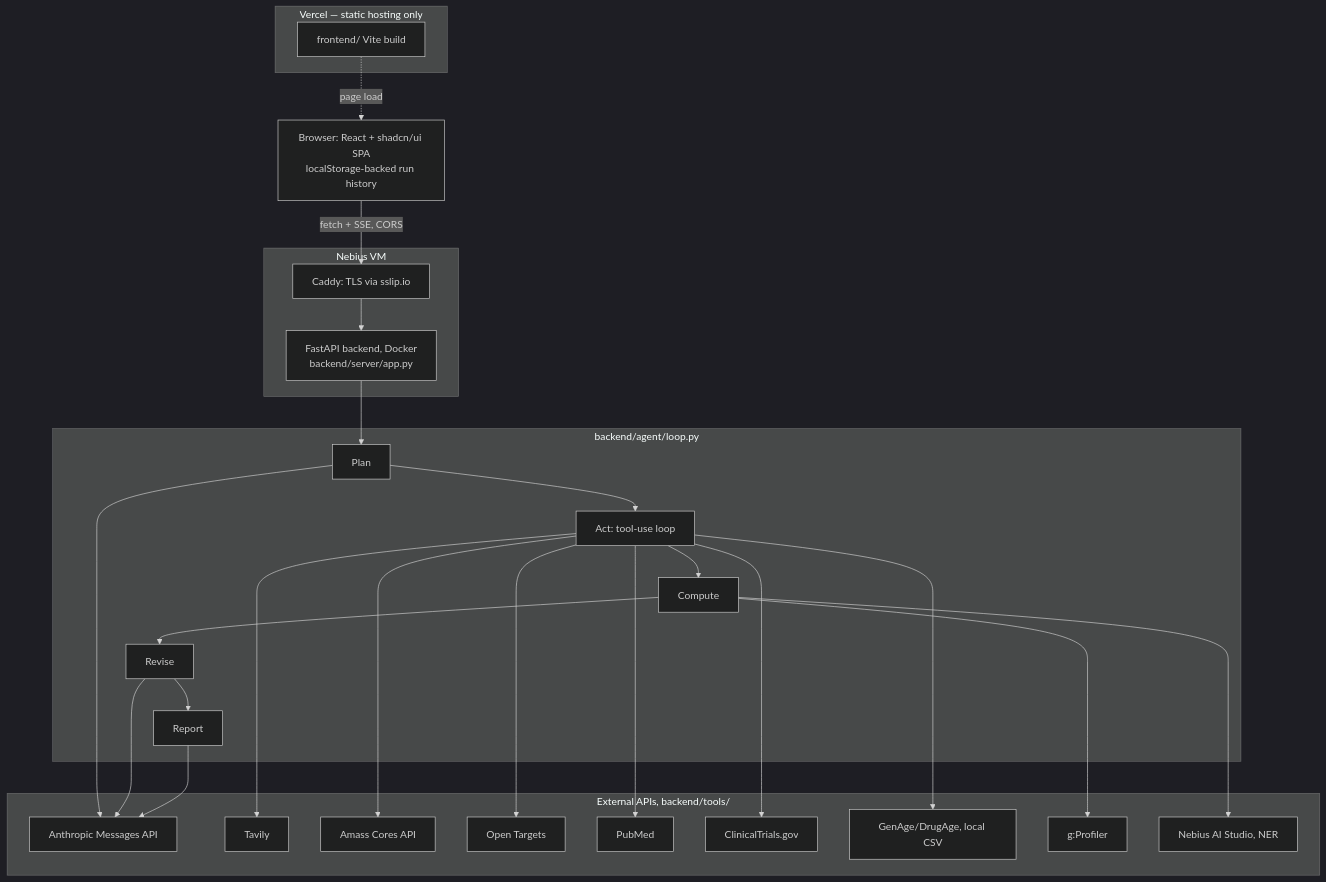
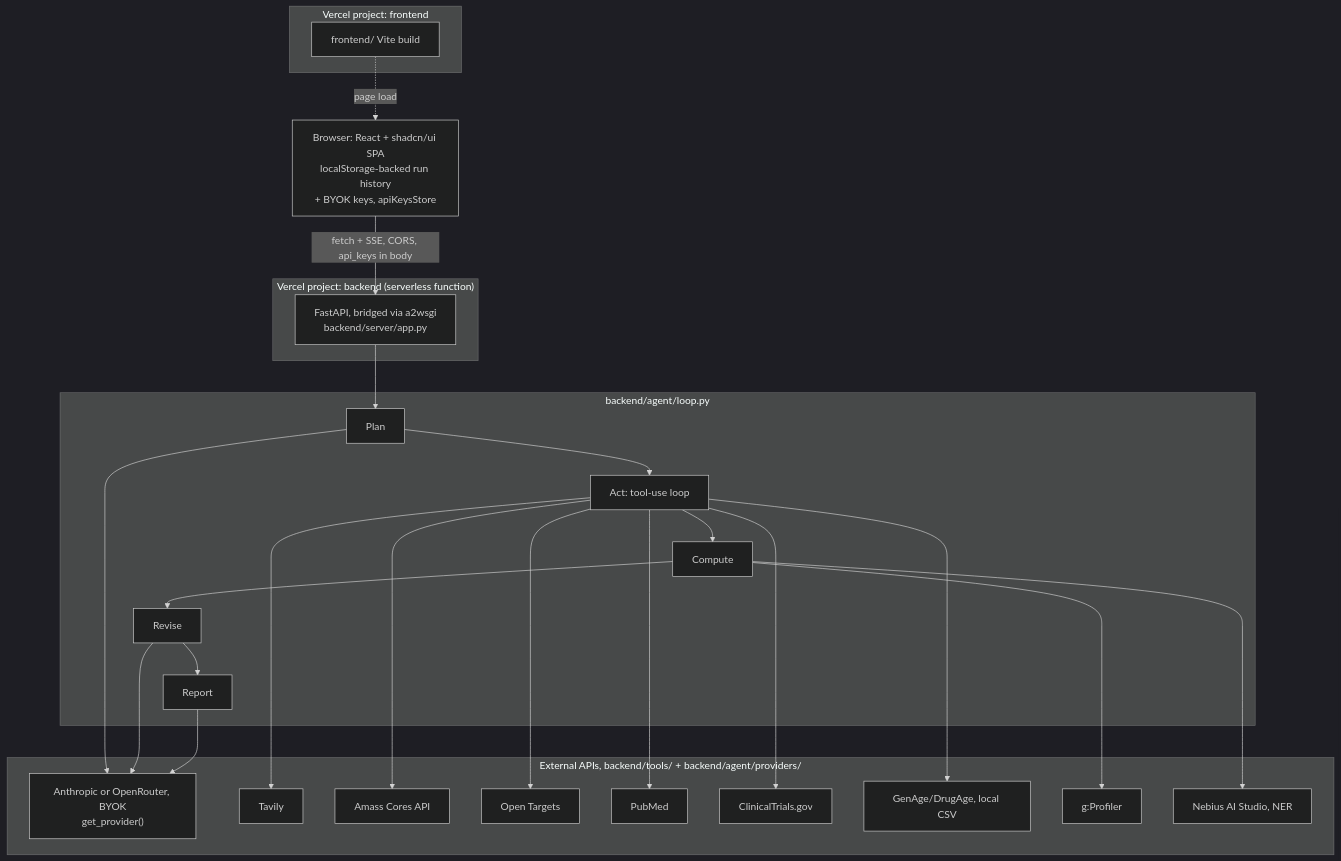
One commit to LeoEckert/Hypothetically_Speaking changed the diagram in docs/ARCHITECTURE.md. Above: the diagram before and after it, drawn with Mermaid (dark theme). The commit also changed other lines of this file and 6 other files, not shown here.

````diff
--- a/docs/ARCHITECTURE.md
+++ b/docs/ARCHITECTURE.md
@@ -24,48 +26,46 @@
 ```mermaid
 flowchart TB
-    UI["Browser: React + shadcn/ui SPA<br/>localStorage-backed run history"]
+    UI["Browser: React + shadcn/ui SPA<br/>localStorage-backed run history<br/>+ BYOK keys, apiKeysStore"]
 
-    subgraph Vercel["Vercel — static hosting only"]
+    subgraph VercelFE["Vercel project: frontend"]
         FE["frontend/ Vite build"]
     end
 
-    subgraph VM["Nebius VM"]
-        Caddy["Caddy: TLS via sslip.io"]
-        API["FastAPI backend, Docker<br/>backend/server/app.py"]
-        Caddy --> API
+    subgraph VercelBE["Vercel project: backend (serverless function)"]
+        API["FastAPI, bridged via a2wsgi<br/>backend/server/app.py"]
     end
 
     subgraph Loop["backend/agent/loop.py"]
         Plan --> Act["Act: tool-use loop"]
         Act --> Compute
         Compute --> Revise
         Revise --> Report
     end
 
-    subgraph Ext["External APIs, backend/tools/"]
-        Anthropic["Anthropic Messages API"]
+    subgraph Ext["External APIs, backend/tools/ + backend/agent/providers/"]
+        LLM["Anthropic or OpenRouter, BYOK<br/>get_provider()"]
         Tavily
         Amass["Amass Cores API"]
         OpenTargets["Open Targets"]
         PubMed
         CT["ClinicalTrials.gov"]
         GenAge["GenAge/DrugAge, local CSV"]
         GProfiler["g:Profiler"]
         NebiusAI["Nebius AI Studio, NER"]
     end
 
     FE -.->|"page load"| UI
-    UI -->|"fetch + SSE, CORS"| Caddy
+    UI -->|"fetch + SSE, CORS, api_keys in body"| API
     API --> Plan
     Act --> Tavily
     Act --> Amass
     Act --> OpenTargets
     Act --> PubMed
     Act --> CT
     Act --> GenAge
     Compute --> NebiusAI
     Compute --> GProfiler
-    Plan --> Anthropic
-    Revise --> Anthropic
-    Report --> Anthropic
+    Plan --> LLM
+    Revise --> LLM
+    Report --> LLM
 ```
````
